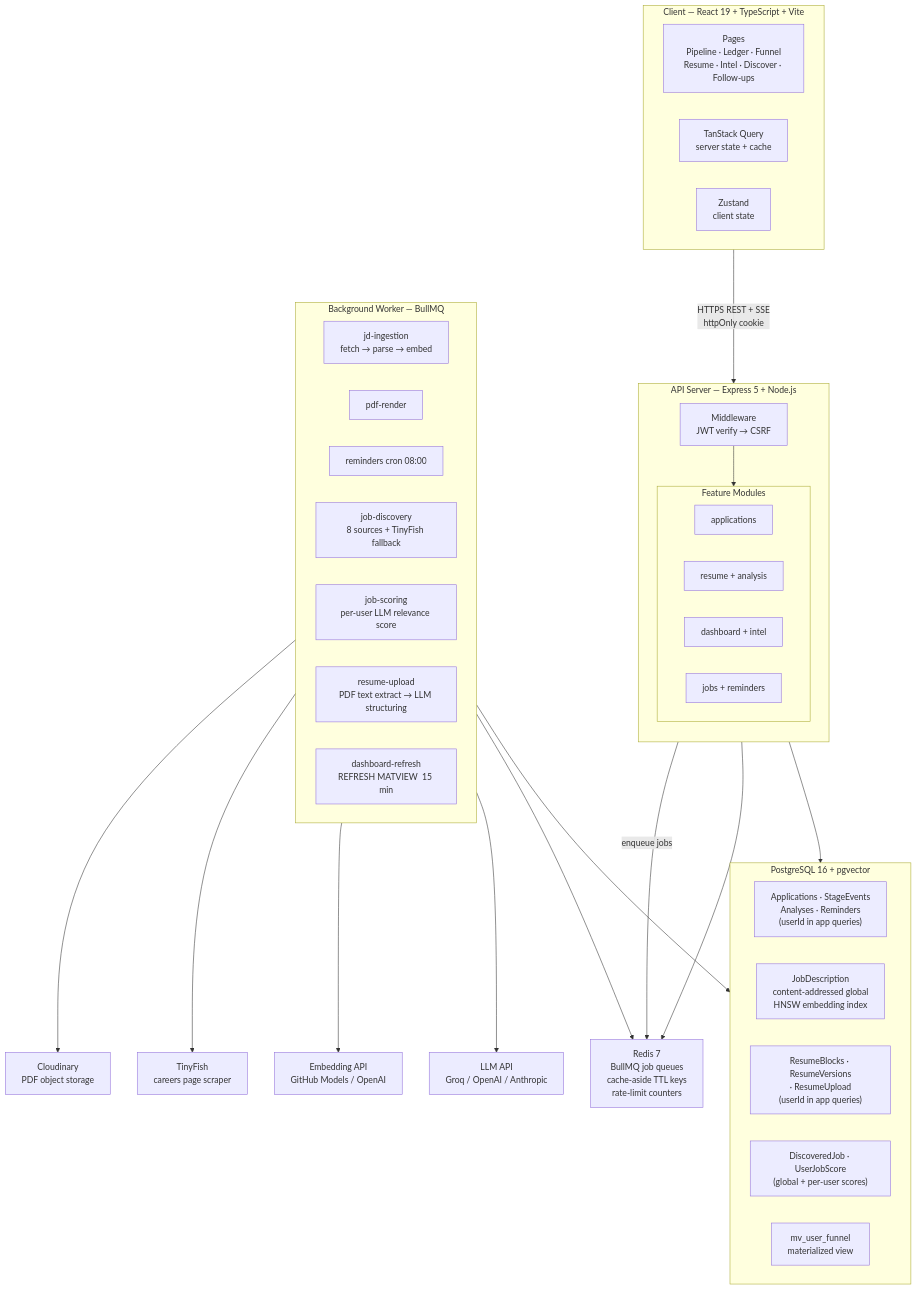
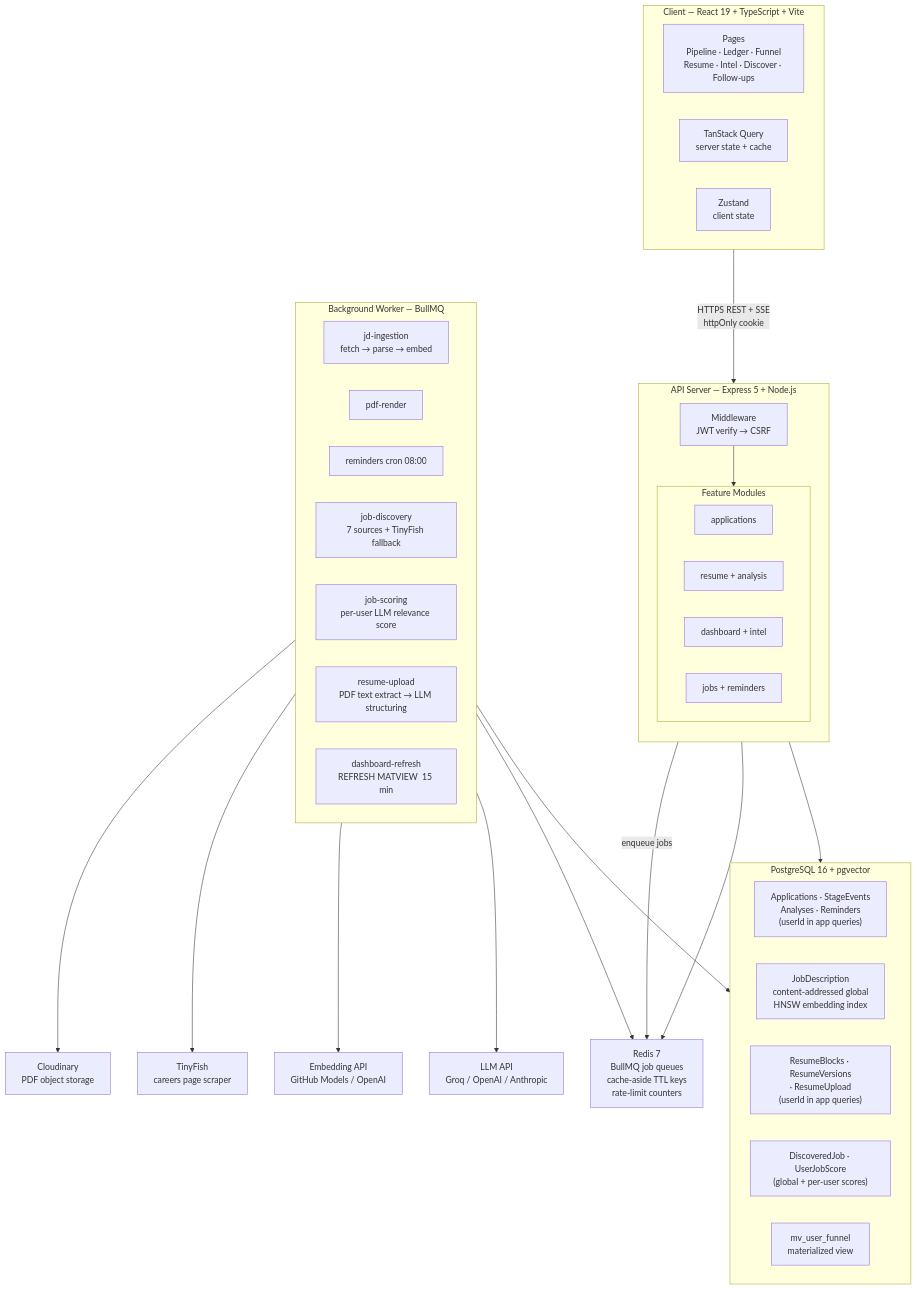
The first of 7 diagrams in docs/architecture.md (AdityaKrSingh26/Pursuit), drawn with Mermaid before and after one commit. The commit also changed other lines of this file and 69 other files, not shown here.

Commit message:
fix auth cookies, llm plumbing, and job discovery so they match how the app actually works

````diff
--- a/docs/architecture.md
+++ b/docs/architecture.md
@@ -7,57 +7,57 @@
 ```mermaid
 graph TB
     subgraph Client["Client — React 19 + TypeScript + Vite"]
         direction LR
         UI["Pages\nPipeline · Ledger · Funnel\nResume · Intel · Discover · Follow-ups"]
         TQ["TanStack Query\nserver state + cache"]
         ZS["Zustand\nclient state"]
     end
 
     subgraph API["API Server — Express 5 + Node.js"]
         direction TB
         MW["Middleware\nJWT verify → CSRF"]
         subgraph Modules["Feature Modules"]
             M1["applications"]
             M2["resume + analysis"]
             M3["dashboard + intel"]
             M4["jobs + reminders"]
         end
         MW --> Modules
     end
 
     subgraph Worker["Background Worker — BullMQ"]
         WI["jd-ingestion\nfetch → parse → embed"]
         WP["pdf-render"]
         WR["reminders  cron 08:00"]
-        WD["job-discovery\n8 sources + TinyFish fallback"]
+        WD["job-discovery\n7 sources + TinyFish fallback"]
         WS["job-scoring\nper-user LLM relevance score"]
         WRU["resume-upload\nPDF text extract → LLM structuring"]
         WMV["dashboard-refresh\nREFRESH MATVIEW  15 min"]
     end
 
     subgraph PG["PostgreSQL 16 + pgvector"]
         PG1["Applications · StageEvents\nAnalyses · Reminders\n(userId in app queries)"]
         PG2["JobDescription\ncontent-addressed global\nHNSW embedding index"]
         PG3["ResumeBlocks · ResumeVersions\n· ResumeUpload\n(userId in app queries)"]
         PG4["DiscoveredJob · UserJobScore\n(global + per-user scores)"]
         PG5["mv_user_funnel\nmaterialized view"]
     end
 
     REDIS["Redis 7\nBullMQ job queues\ncache-aside TTL keys\nrate-limit counters"]
 
     EXT_LLM["LLM API\nGroq / OpenAI / Anthropic"]
     EXT_EMB["Embedding API\nGitHub Models / OpenAI"]
     EXT_TF["TinyFish\ncareers page scraper"]
     EXT_CDN["Cloudinary\nPDF object storage"]
 
     Client -->|"HTTPS REST + SSE\nhttpOnly cookie"| API
     API --> PG
     API --> REDIS
     Worker --> PG
     Worker --> REDIS
     Worker --> EXT_LLM
     Worker --> EXT_EMB
     Worker --> EXT_TF
     Worker --> EXT_CDN
     Modules -->|"enqueue jobs"| REDIS
 ```
````
